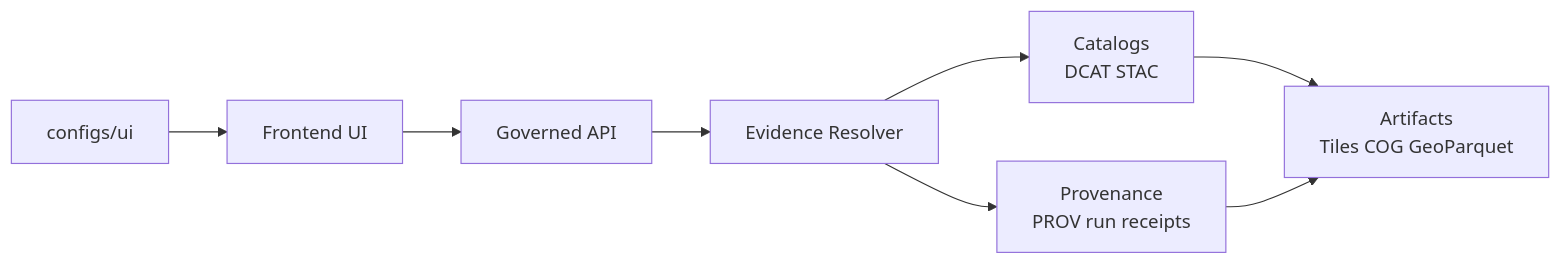
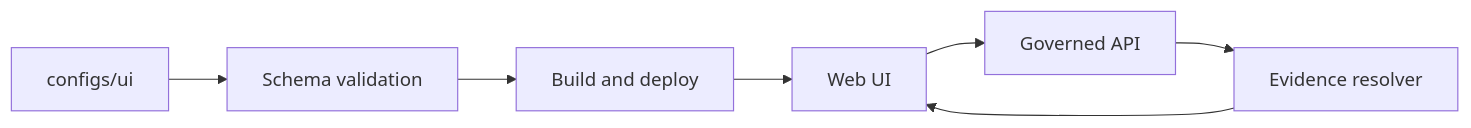
Before and after one commit to bartytime4life/Kansas-Frontier-Matrix: the diagram in configs/ui/README.md, drawn with Mermaid. The commit also changed other lines of this file, not shown here.

````diff
--- a/configs/ui/README.md
+++ b/configs/ui/README.md
@@ -122,10 +53,9 @@
 ```mermaid
 flowchart LR
-  Cfg[configs/ui] --> UI[Frontend UI]
-  UI --> API[Governed API]
-  API --> Ev[Evidence Resolver]
-  Ev --> Cat[Catalogs\nDCAT STAC]
-  Ev --> Prov[Provenance\nPROV run receipts]
-  Cat --> Assets[Artifacts\nTiles COG GeoParquet]
-  Prov --> Assets
+  A[configs/ui] --> B[Schema validation]
+  B --> C[Build and deploy]
+  C --> D[Web UI]
+  D --> E[Governed API]
+  E --> F[Evidence resolver]
+  F --> D
 ```
````
